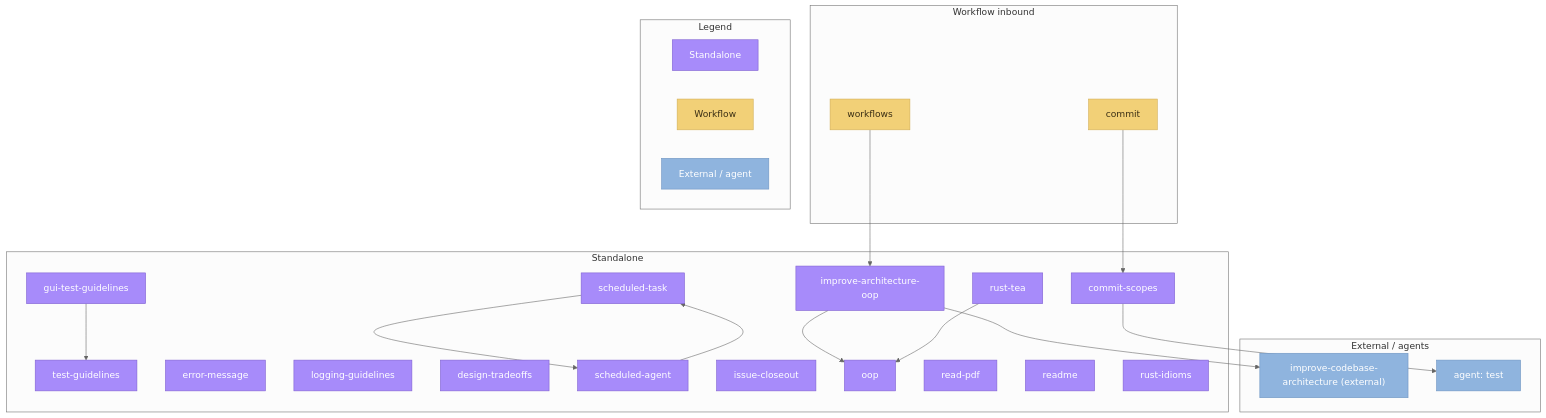
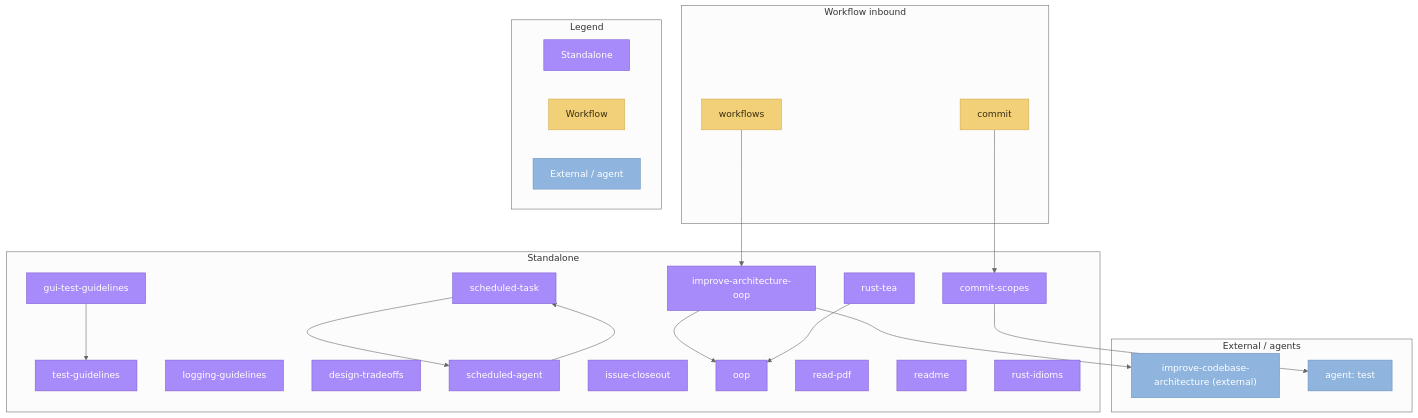
The diagram in docs/diagrams/skill-relations-standalone.mmd (FAZuH/agent), drawn with Mermaid before and after one commit. The commit also changed 2 other files, not shown here.

Commit message:
docs: drop error-message references from README and relations diagram

```diff
--- a/docs/diagrams/skill-relations-standalone.mmd
+++ b/docs/diagrams/skill-relations-standalone.mmd
@@ -1,55 +1,54 @@
 ---
 config:
   theme: 'neutral'
 ---
 flowchart TD
     subgraph standalone["Standalone"]
         test_guidelines["test-guidelines"]
         gui_test_guidelines["gui-test-guidelines"]
-        error_message["error-message"]
         logging_guidelines["logging-guidelines"]
         design_tradeoffs["design-tradeoffs"]
         scheduled_task["scheduled-task"]
         scheduled_agent["scheduled-agent"]
         issue_closeout["issue-closeout"]
         oop["oop"]
         improve_architecture_oop["improve-architecture-oop"]
         read_pdf["read-pdf"]
         readme["readme"]
         commit_scopes["commit-scopes"]
         rust_idioms["rust-idioms"]
         rust_tea["rust-tea"]
     end
     subgraph inbound["Workflow inbound"]
         commit["commit"]
         workflows["workflows"]
     end
     subgraph external_agents["External / agents"]
         improve_codebase_architecture["improve-codebase-architecture (external)"]
         agent_test["agent: test"]
     end
 
     gui_test_guidelines --> test_guidelines
     improve_architecture_oop --> oop
     improve_architecture_oop --> improve_codebase_architecture
     rust_tea --> oop
     scheduled_agent --> scheduled_task
     scheduled_task --> scheduled_agent
     commit --> commit_scopes
     workflows --> improve_architecture_oop
     commit_scopes --> agent_test
 
     subgraph legend["Legend"]
         direction LR
         L_stand["Standalone"]
         L_work["Workflow"]
         L_ext["External / agent"]
     end
 
     classDef standalone fill:#A78BFA,stroke:#7E5FD0,color:#FFFFFF
     classDef workflow fill:#F2D077,stroke:#D1AD54,color:#3A2E14
     classDef external fill:#8FB4DE,stroke:#6C93C0,color:#FFFFFF
 
-    class L_stand,test_guidelines,gui_test_guidelines,error_message,logging_guidelines,design_tradeoffs,scheduled_task,scheduled_agent,issue_closeout,oop,improve_architecture_oop,read_pdf,readme,commit_scopes,rust_idioms,rust_tea standalone
+    class L_stand,test_guidelines,gui_test_guidelines,logging_guidelines,design_tradeoffs,scheduled_task,scheduled_agent,issue_closeout,oop,improve_architecture_oop,read_pdf,readme,commit_scopes,rust_idioms,rust_tea standalone
     class L_work,commit,workflows workflow
     class L_ext,improve_codebase_architecture,agent_test external
```
